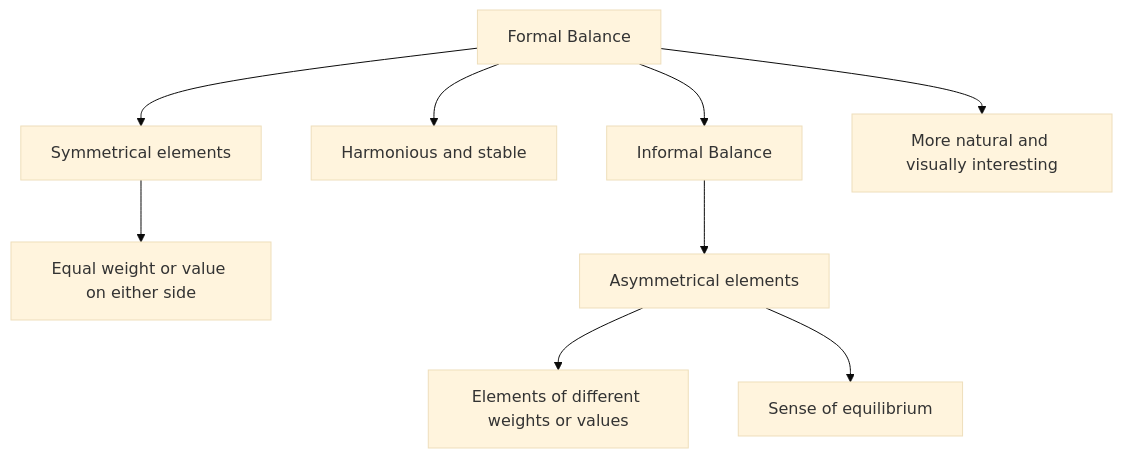
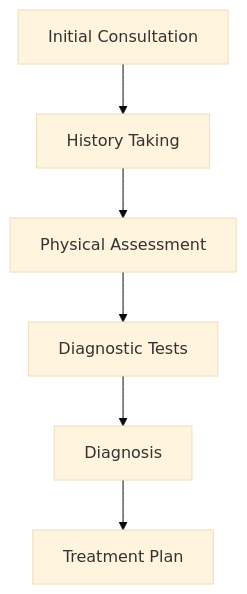
The second of 4 diagrams in data/ai_books/310004/part-s4.md (chauhanpriyanshu001/Khudkibook-Web.github.io), drawn with Mermaid (base theme) before and after one commit. The commit also changed other lines of this file and 33388 other files, not shown here.

````diff
--- a/data/ai_books/310004/part-s4.md
+++ b/data/ai_books/310004/part-s4.md
@@ -18,10 +54,8 @@
 ```mermaid
 flowchart TD
-    A[Formal Balance] --> B[Symmetrical elements]
-    A --> C[Harmonious and stable]
-    B --> D[Equal weight or value on either side]
-    A --> E[Informal Balance] --> F[Asymmetrical elements]
-    A --> G[More natural and visually interesting]
-    F --> H[Elements of different weights or values]
-    F --> I[Sense of equilibrium]
+    A[Initial Consultation] --> B[History Taking]
+    B --> C[Physical Assessment]
+    C --> D[Diagnostic Tests]
+    D --> E[Diagnosis]
+    E --> F[Treatment Plan]
 ```
````
